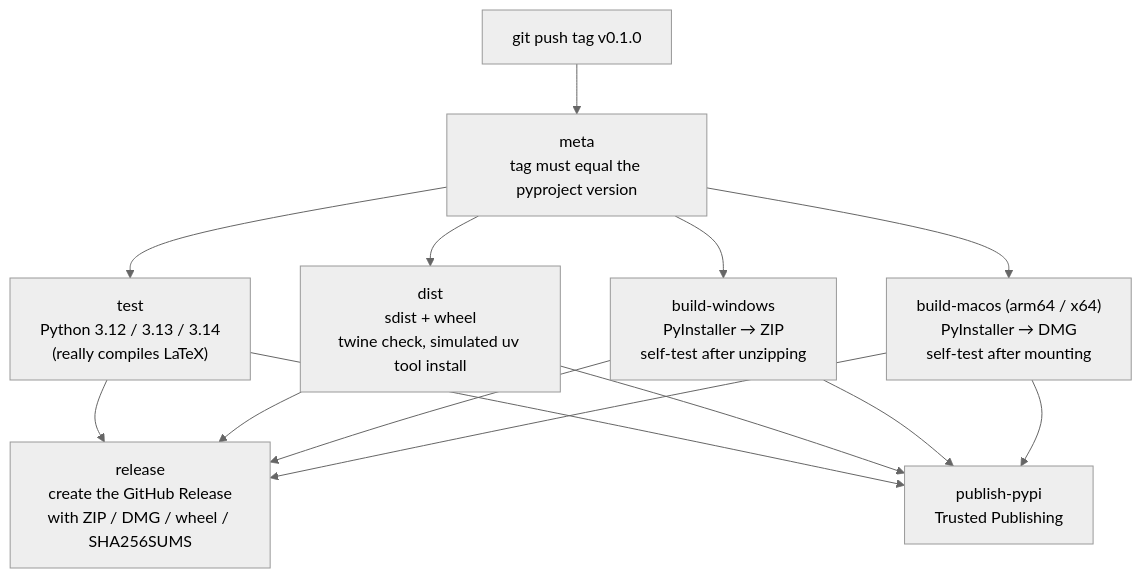
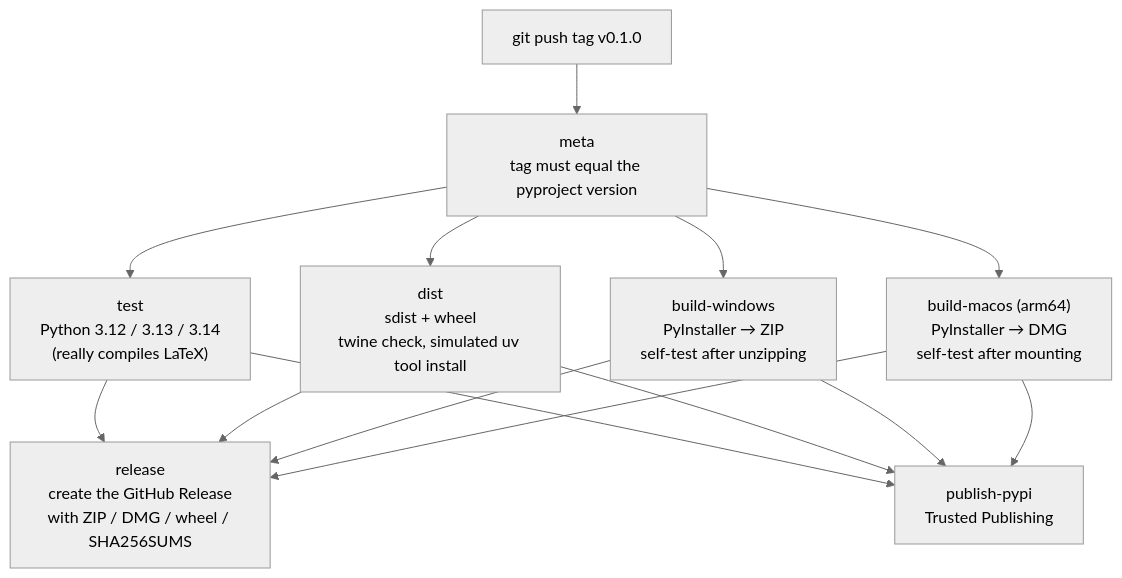
One commit to codemee/mathtran changed the diagram in docs/en/releasing.md. Above: the diagram before and after it, drawn with Mermaid (neutral theme). The commit also changed other lines of this file and 4 other files, not shown here.

First line of the commit message:
Release only the macOS Apple Silicon (arm64) package from now on

````diff
--- a/docs/en/releasing.md
+++ b/docs/en/releasing.md
@@ -9,10 +9,10 @@
 ```mermaid
 flowchart TD
     TAG["git push tag v0.1.0"] --> META["meta<br/>tag must equal the pyproject version"]
     META --> TEST["test<br/>Python 3.12 / 3.13 / 3.14<br/>(really compiles LaTeX)"]
     META --> DIST["dist<br/>sdist + wheel<br/>twine check, simulated uv tool install"]
     META --> WIN["build-windows<br/>PyInstaller → ZIP<br/>self-test after unzipping"]
-    META --> MAC["build-macos (arm64 / x64)<br/>PyInstaller → DMG<br/>self-test after mounting"]
+    META --> MAC["build-macos (arm64)<br/>PyInstaller → DMG<br/>self-test after mounting"]
     TEST & DIST & WIN & MAC --> REL["release<br/>create the GitHub Release<br/>with ZIP / DMG / wheel / SHA256SUMS"]
     TEST & DIST & WIN & MAC --> PYPI["publish-pypi<br/>Trusted Publishing"]
 ```
````
